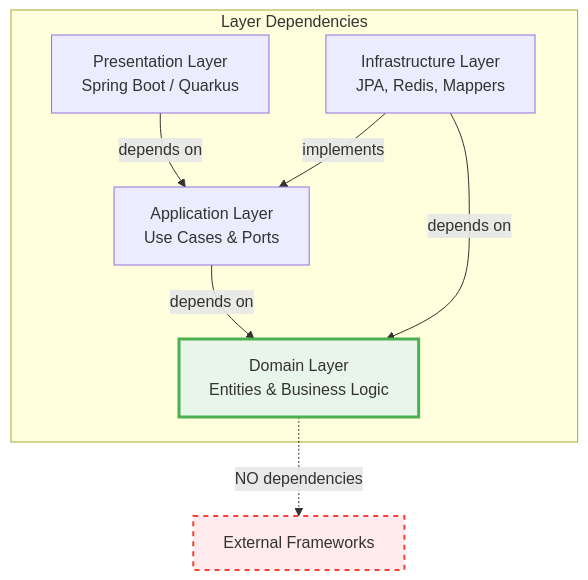
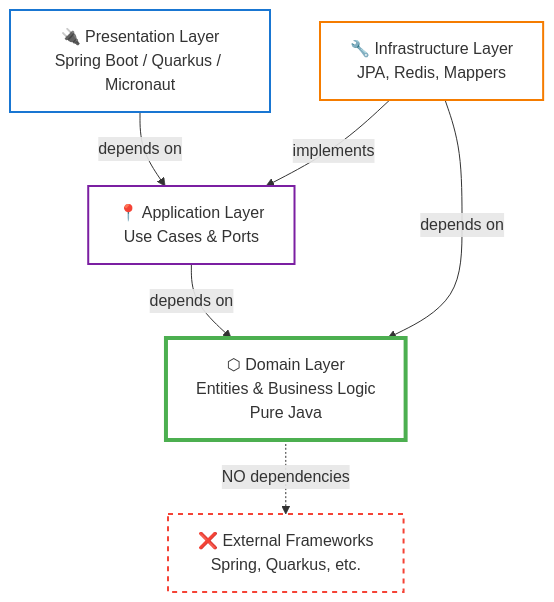
One commit to leandro-yamaniha/java-hexagonal changed the sixth of 11 diagrams in docs/backend/ARCHITECTURE_DIAGRAMS.md. Above: the diagram before and after it, drawn with Mermaid. The commit also changed other lines of this file and 6 other files, not shown here.

Commit message:
docs: add frontend Angular documentation and architecture diagrams

````diff
--- a/docs/backend/ARCHITECTURE_DIAGRAMS.md
+++ b/docs/backend/ARCHITECTURE_DIAGRAMS.md
@@ -233,19 +246,21 @@
 ```mermaid
-graph TD
-    subgraph "Layer Dependencies"
-        L1[Presentation Layer<br/>Spring Boot / Quarkus]
-        L2[Application Layer<br/>Use Cases & Ports]
-        L3[Domain Layer<br/>Entities & Business Logic]
-        L4[Infrastructure Layer<br/>JPA, Redis, Mappers]
-    end
+flowchart TD
+    L1[🔌 Presentation Layer<br/>Spring Boot / Quarkus / Micronaut]
+    L2[📍 Application Layer<br/>Use Cases & Ports]
+    L3[⬡ Domain Layer<br/>Entities & Business Logic<br/>Pure Java]
+    L4[🔧 Infrastructure Layer<br/>JPA, Redis, Mappers]
+    X[❌ External Frameworks<br/>Spring, Quarkus, etc.]
     
     L1 -->|depends on| L2
     L2 -->|depends on| L3
     L4 -->|depends on| L3
     L4 -->|implements| L2
     
-    L3 -.->|NO dependencies| X[External Frameworks]
+    L3 -.->|NO dependencies| X
     
-    style L3 fill:#e8f5e9,stroke:#4caf50,stroke-width:3px
-    style X fill:#ffebee,stroke:#f44336,stroke-width:2px,stroke-dasharray: 5 5
+    style L1 fill:none,stroke:#1976D2,stroke-width:2px
+    style L2 fill:none,stroke:#7B1FA2,stroke-width:2px
+    style L3 fill:none,stroke:#4caf50,stroke-width:4px
+    style L4 fill:none,stroke:#F57C00,stroke-width:2px
+    style X fill:none,stroke:#f44336,stroke-width:2px,stroke-dasharray: 5 5
 ```
````
